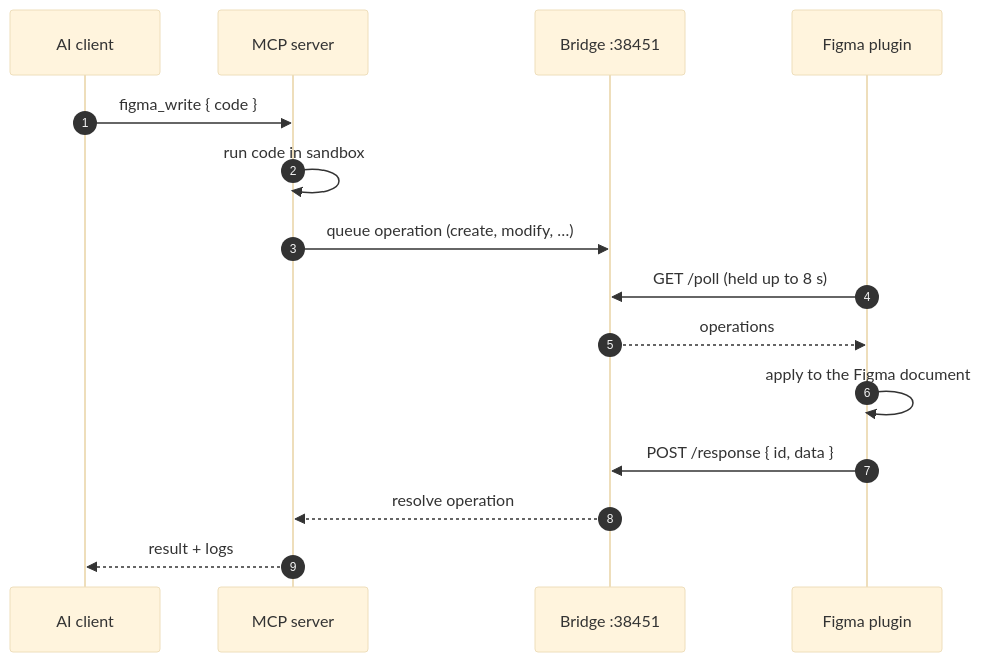
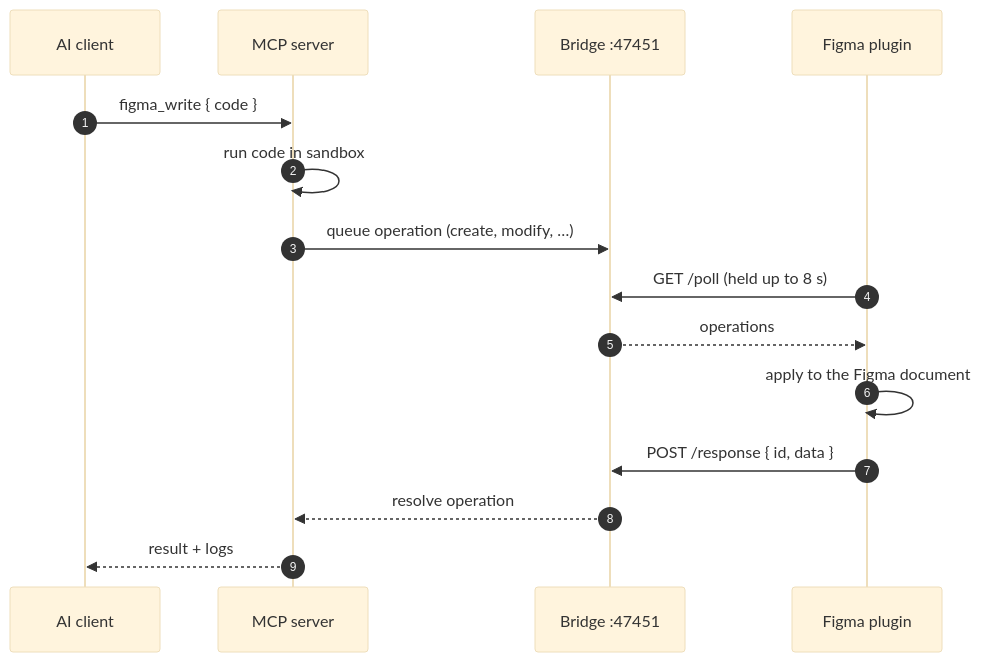
One commit to nguyendinhphongdx/figma-bridge-mcp changed the second of 5 diagrams in README.md. Above: the diagram before and after it, drawn with Mermaid (base theme). The commit also changed other lines of this file and 6 other files, not shown here.

````diff
--- a/README.md
+++ b/README.md
@@ -71,17 +71,17 @@
 ```mermaid
 sequenceDiagram
   autonumber
   participant AI as AI client
   participant S as MCP server
-  participant B as Bridge :38451
+  participant B as Bridge :47451
   participant P as Figma plugin
   AI->>S: figma_write { code }
   S->>S: run code in sandbox
   S->>B: queue operation (create, modify, …)
   P->>B: GET /poll  (held up to 8 s)
   B-->>P: operations
   P->>P: apply to the Figma document
   P->>B: POST /response { id, data }
   B-->>S: resolve operation
   S-->>AI: result + logs
 ```
````
